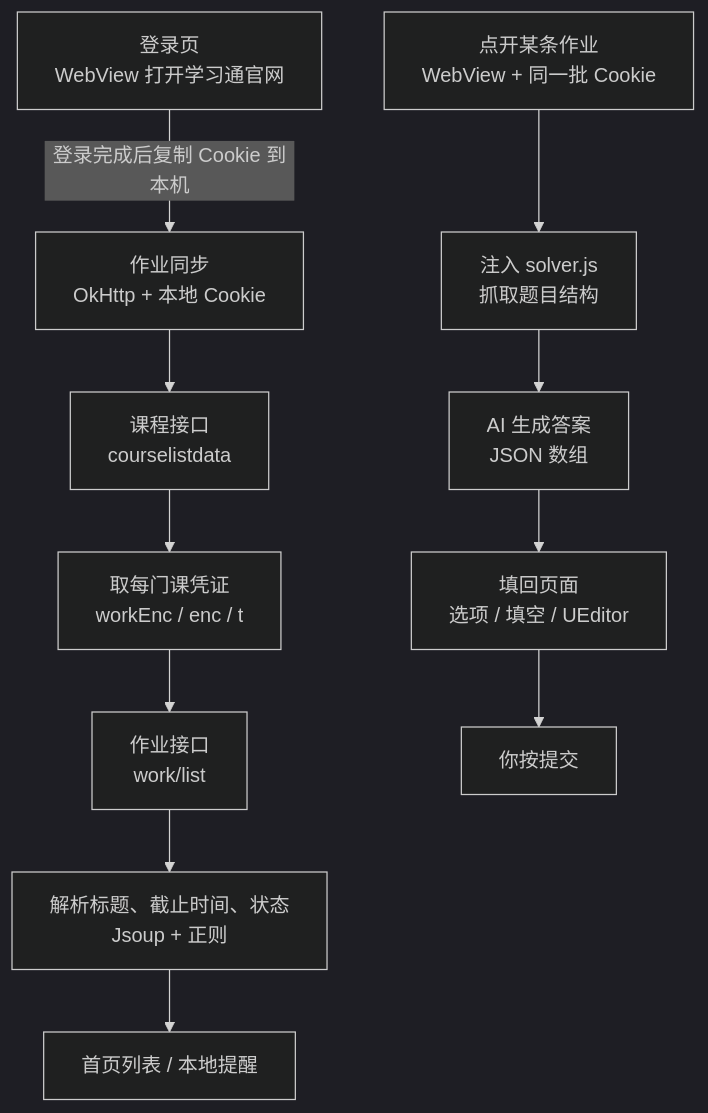
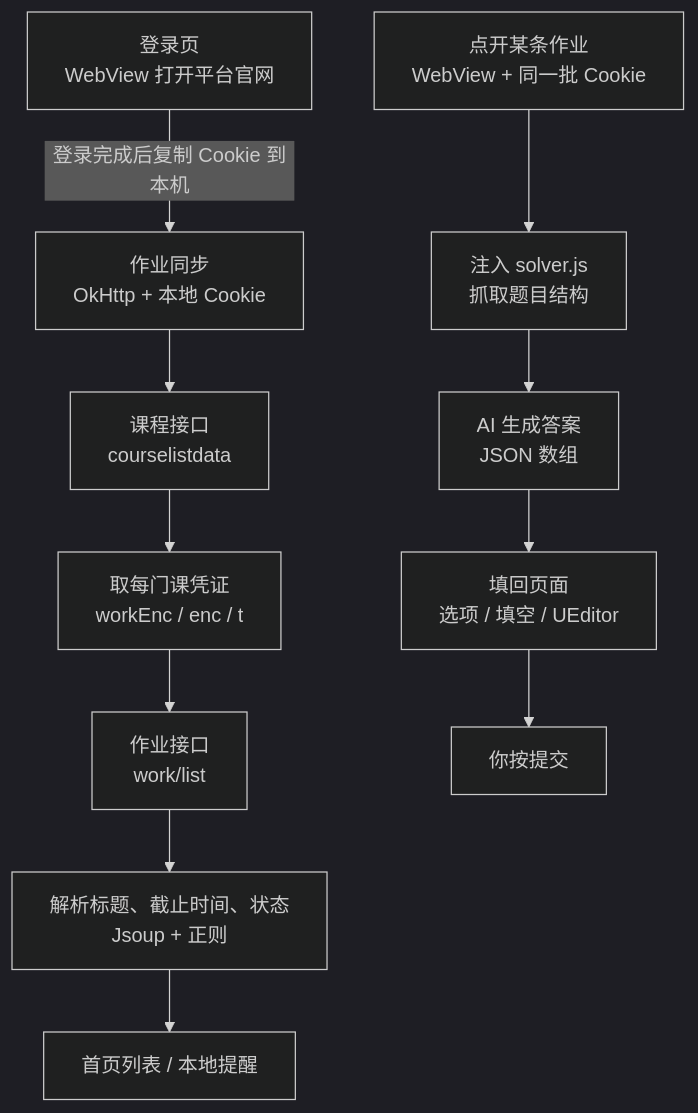
The diagram in README.md (sqyCoder/tuoyixia), drawn with Mermaid (dark theme) before and after one commit. The commit also changed other lines of this file and 9 other files, not shown here.

````diff
--- a/README.md
+++ b/README.md
@@ -87,14 +86,14 @@
 ```mermaid
 flowchart TB
-    A["登录页<br/>WebView 打开学习通官网"] -->|"登录完成后复制 Cookie 到本机"| B
+    A["登录页<br/>WebView 打开平台官网"] -->|"登录完成后复制 Cookie 到本机"| B
     B["作业同步<br/>OkHttp + 本地 Cookie"] --> C["课程接口<br/>courselistdata"]
     C --> D["取每门课凭证<br/>workEnc / enc / t"]
     D --> E["作业接口<br/>work/list"]
     E --> F["解析标题、截止时间、状态<br/>Jsoup + 正则"]
     F --> G["首页列表 / 本地提醒"]
 
     H["点开某条作业<br/>WebView + 同一批 Cookie"] --> I["注入 solver.js<br/>抓取题目结构"]
     I --> J["AI 生成答案<br/>JSON 数组"]
     J --> K["填回页面<br/>选项 / 填空 / UEditor"]
     K --> L["你按提交"]
 ```
````
